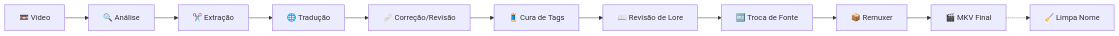
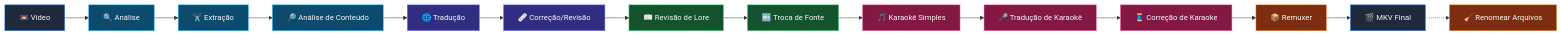
The diagram in README.md (carmipa/traducao_animes_llm_local_quarkus), drawn with Mermaid before and after one commit. The commit also changed other lines of this file and 58 other files, not shown here.

Commit message:
feat: implement full-stack modules for karaoke processing, lore revision, telemetric tracking, and file management.

````diff
--- a/README.md
+++ b/README.md
@@ -135,13 +141,29 @@
 ```mermaid
 graph LR
     A["📼 Vídeo"] --> B["🔍 Análise"]
     B --> C["✂️ Extração"]
-    C --> D["🌐 Tradução"]
+    C --> AC["🔎 Análise de Conteúdo"]
+    AC --> D["🌐 Tradução"]
     D --> E["🩹 Correção/Revisão"]
-    E --> F["🧵 Cura de Tags"]
-    F --> F2["📖 Revisão de Lore"]
+    E --> F2["📖 Revisão de Lore"]
     F2 --> F3["🔤 Troca de Fonte"]
-    F3 --> G["📦 Remuxer"]
+    F3 --> K1["🎵 Karaokê Simples"]
+    K1 --> K2["🎤 Tradução de Karaokê"]
+    K2 --> F["🧵 Correção de Karaoke"]
+    F --> G["📦 Remuxer"]
     G --> H["🎬 MKV Final"]
-    H -.-> I["🧹 Limpa Nome"]
+    H -.-> I["🧹 Renomear Arquivos"]
+
+    classDef prep fill:#0c4a6e,stroke:#38BDF8,color:#F9FAFB
+    classDef trad fill:#312e81,stroke:#818CF8,color:#F9FAFB
+    classDef qual fill:#14532d,stroke:#4ADE80,color:#F9FAFB
+    classDef kara fill:#831843,stroke:#F472B6,color:#F9FAFB
+    classDef fin fill:#7c2d12,stroke:#FB923C,color:#F9FAFB
+    classDef midia fill:#1e293b,stroke:#3B82F6,color:#F9FAFB
+    class B,C,AC prep
+    class D,E trad
+    class F2,F3 qual
+    class K1,K2,F kara
+    class G,I fin
+    class A,H midia
 ```
````
